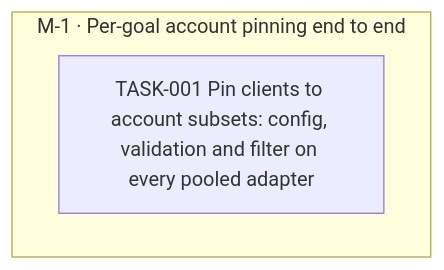
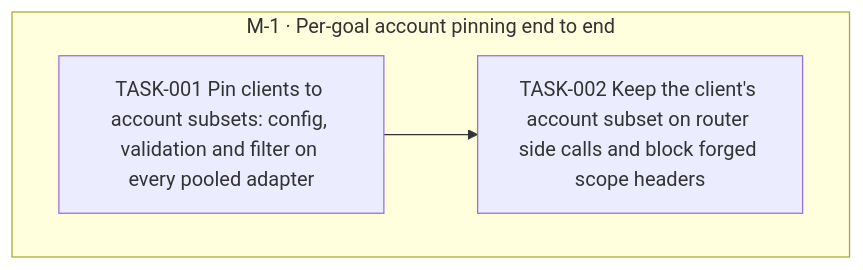
One commit to jesusvillota/shunt changed the diagram in goals/account-pinning/README.md. Above: the diagram before and after it, drawn with Mermaid. The commit also changed 1 other file, not shown here.

Commit message:
goal(account-pinning): add TASK-002 Keep the client's account subset on router side calls and block forged scope headers

````diff
--- a/goals/account-pinning/README.md
+++ b/goals/account-pinning/README.md
@@ -19,9 +19,11 @@
 ```mermaid
 flowchart TD
   subgraph M_1["M-1 · Per-goal account pinning end to end"]
     TASK_001["TASK-001 Pin clients to account subsets: config, validation and filter on every pooled adapter"]
+    TASK_002["TASK-002 Keep the client's account subset on router side calls and block forged scope headers"]
   end
+  TASK_001 --> TASK_002
   classDef draft stroke-dasharray: 4 3
   classDef cancelled opacity:0.45
   classDef decision fill:#f3e8ff,stroke:#7c3aed
 ```
````
